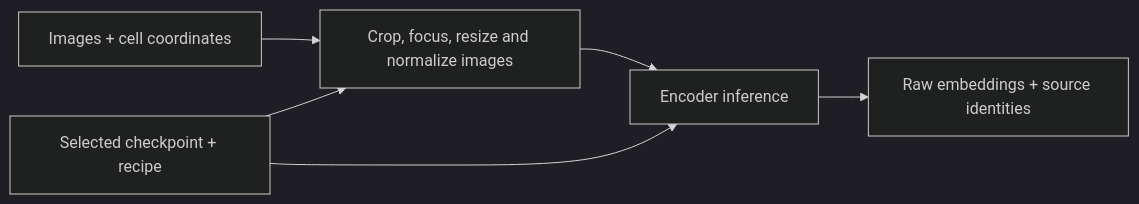
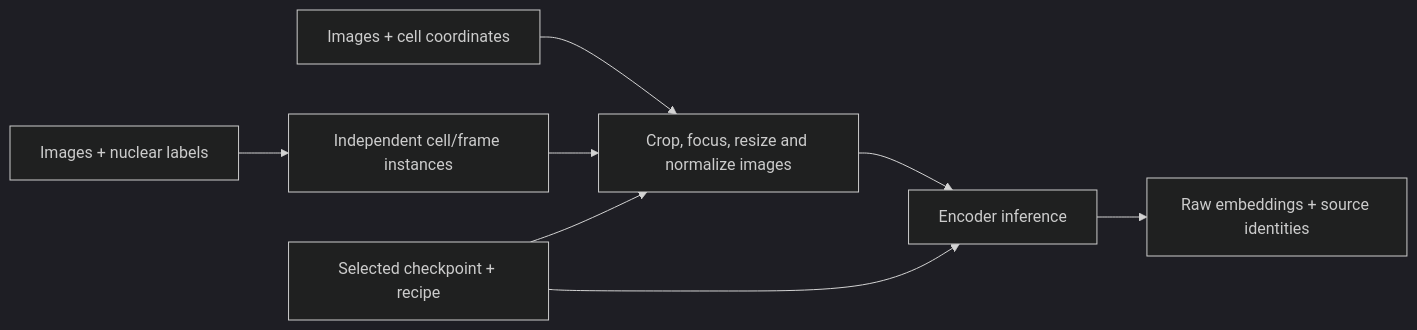
The diagram in applications/dynaclr/skills/embed/SKILL.md (Biohub/VisCy), drawn with Mermaid (dark theme) before and after one commit. The commit also changed other lines of this file and 27 other files, not shown here.

````diff
--- a/applications/dynaclr/skills/embed/SKILL.md
+++ b/applications/dynaclr/skills/embed/SKILL.md
@@ -17,8 +20,10 @@
 ```mermaid
 flowchart LR
     I["Images + cell coordinates"] --> P["Crop, focus, resize and normalize images"]
+    L["Images + nuclear labels"] --> D["Independent cell/frame instances"]
+    D --> P
     C["Selected checkpoint + recipe"] --> P
     C --> E["Encoder inference"]
     P --> E
     E --> O["Raw embeddings + source identities"]
 ```
````
